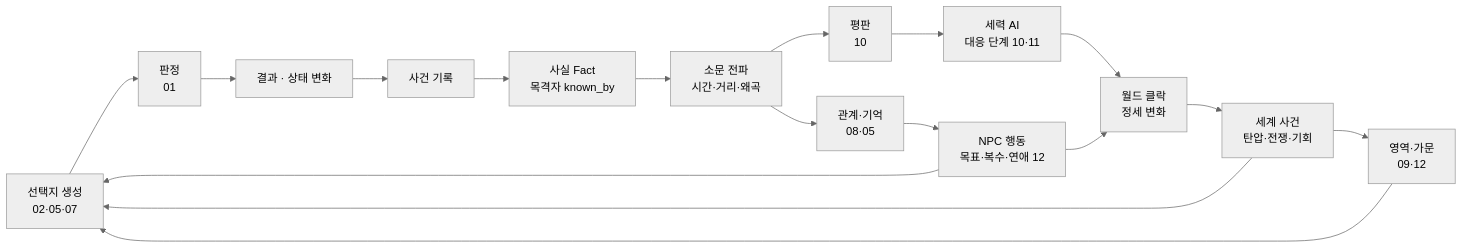
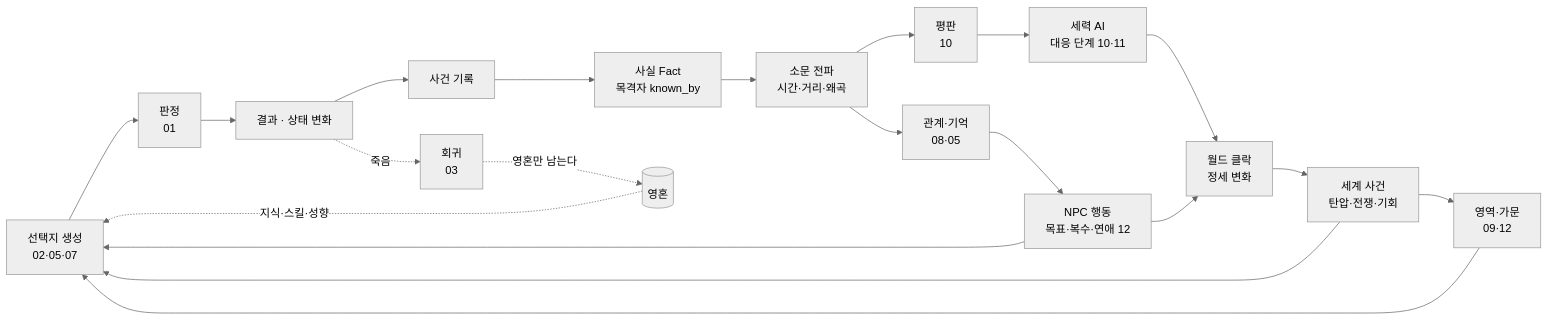
The first of 2 diagrams in docs/systems/00_SYSTEMS_MAP.md (choics2623/Fantasia), drawn with Mermaid (neutral theme) before and after one commit. The commit also changed other lines of this file and 2 other files, not shown here.

````diff
--- a/docs/systems/00_SYSTEMS_MAP.md
+++ b/docs/systems/00_SYSTEMS_MAP.md
@@ -50,19 +63,22 @@
 ```mermaid
 flowchart LR
   A[선택지 생성<br/>02·05·07] --> B[판정<br/>01]
   B --> C[결과 · 상태 변화]
   C --> D[사건 기록]
   D --> E[사실 Fact<br/>목격자 known_by]
   E --> F[소문 전파<br/>시간·거리·왜곡]
   F --> G[평판<br/>10]
   F --> H[관계·기억<br/>08·05]
   G --> I[세력 AI<br/>대응 단계 10·11]
   H --> J[NPC 행동<br/>목표·복수·연애 12]
   I --> K[월드 클락<br/>정세 변화]
   J --> K
   K --> L[세계 사건<br/>탄압·전쟁·기회]
   L --> M[영역·가문<br/>09·12]
   L --> A
   M --> A
   J --> A
+  C -. 죽음 .-> R[회귀<br/>03]
+  R -. 영혼만 남는다 .-> S[(영혼)]
+  S -. 지식·스킬·성향 .-> A
 ```
````
